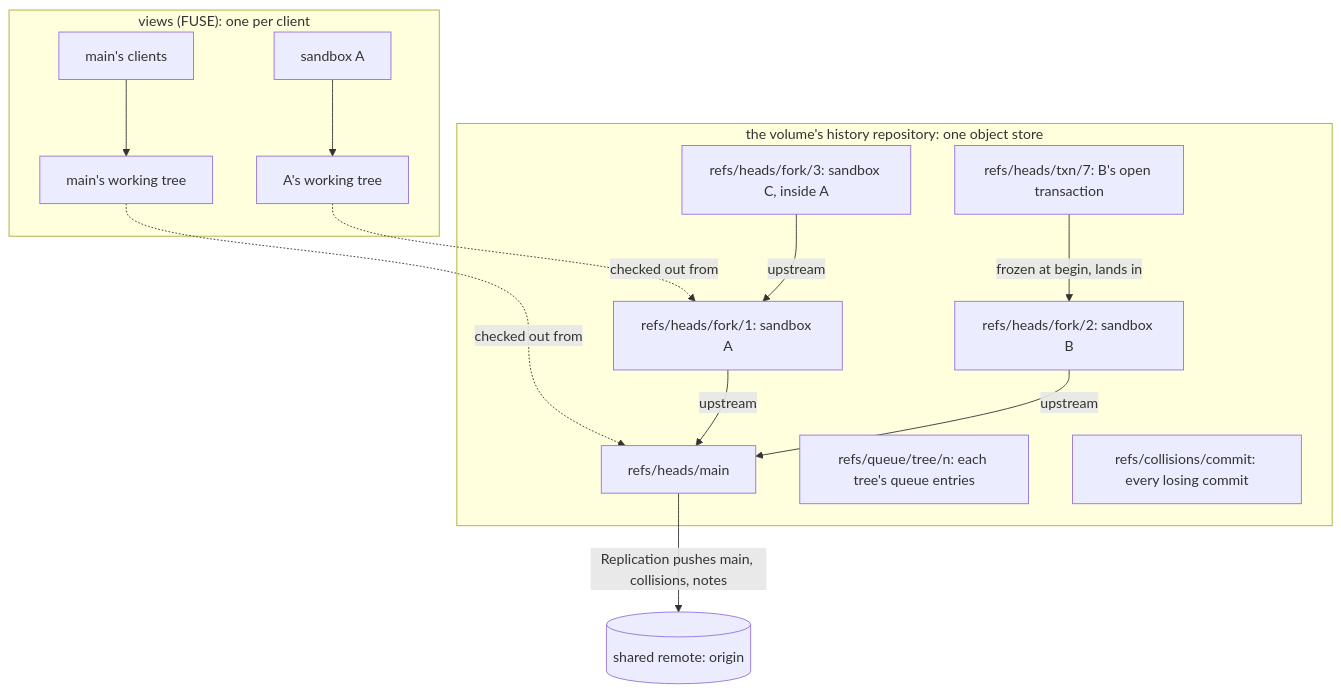
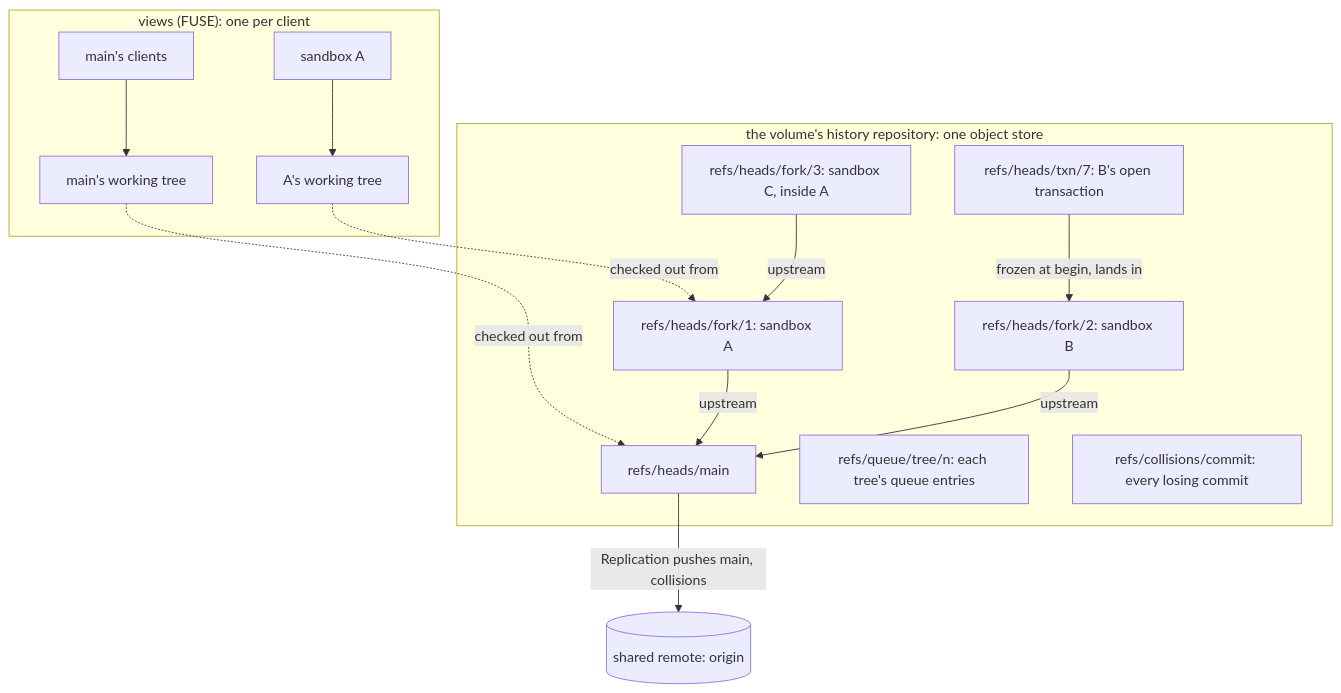
Before and after one commit to mcurcio/agentfs: the first of 7 diagrams in docs/target-architecture/git-model.md, drawn with Mermaid. The commit also changed other lines of this file and 7 other files, not shown here.

````diff
--- a/docs/target-architecture/git-model.md
+++ b/docs/target-architecture/git-model.md
@@ -45,23 +45,23 @@
 ```mermaid
 flowchart TB
   subgraph R["the volume's history repository: one object store"]
     M["refs/heads/main"]
     F1["refs/heads/fork/1: sandbox A"]
     F2["refs/heads/fork/2: sandbox B"]
     F3["refs/heads/fork/3: sandbox C, inside A"]
     T7["refs/heads/txn/7: B's open transaction"]
     Q["refs/queue/tree/n: each tree's queue entries"]
     X["refs/collisions/commit: every losing commit"]
   end
   F1 -- "upstream" --> M
   F2 -- "upstream" --> M
   F3 -- "upstream" --> F1
   T7 -- "frozen at begin, lands in" --> F2
-  M -- "Replication pushes main, collisions, notes" --> O[("shared remote: origin")]
+  M -- "Replication pushes main, collisions" --> O[("shared remote: origin")]
   subgraph V["views (FUSE): one per client"]
     VM["main's clients"] --> WM["main's working tree"]
     VA["sandbox A"] --> WA["A's working tree"]
   end
   WM -. "checked out from" .-> M
   WA -. "checked out from" .-> F1
 ```
````
